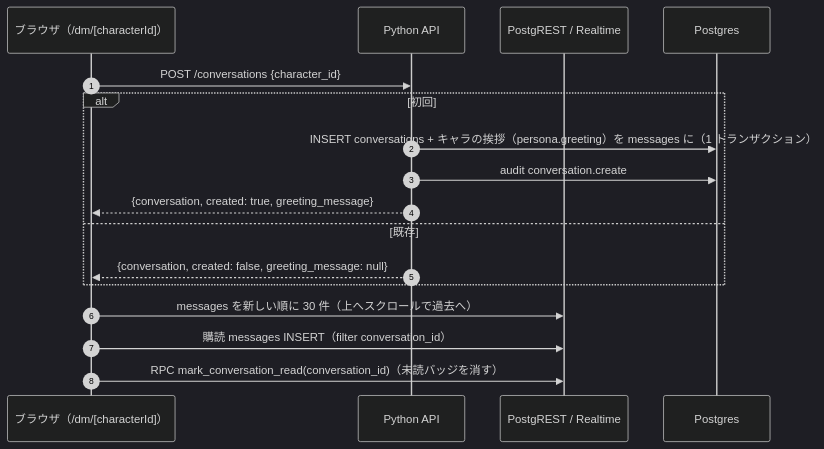
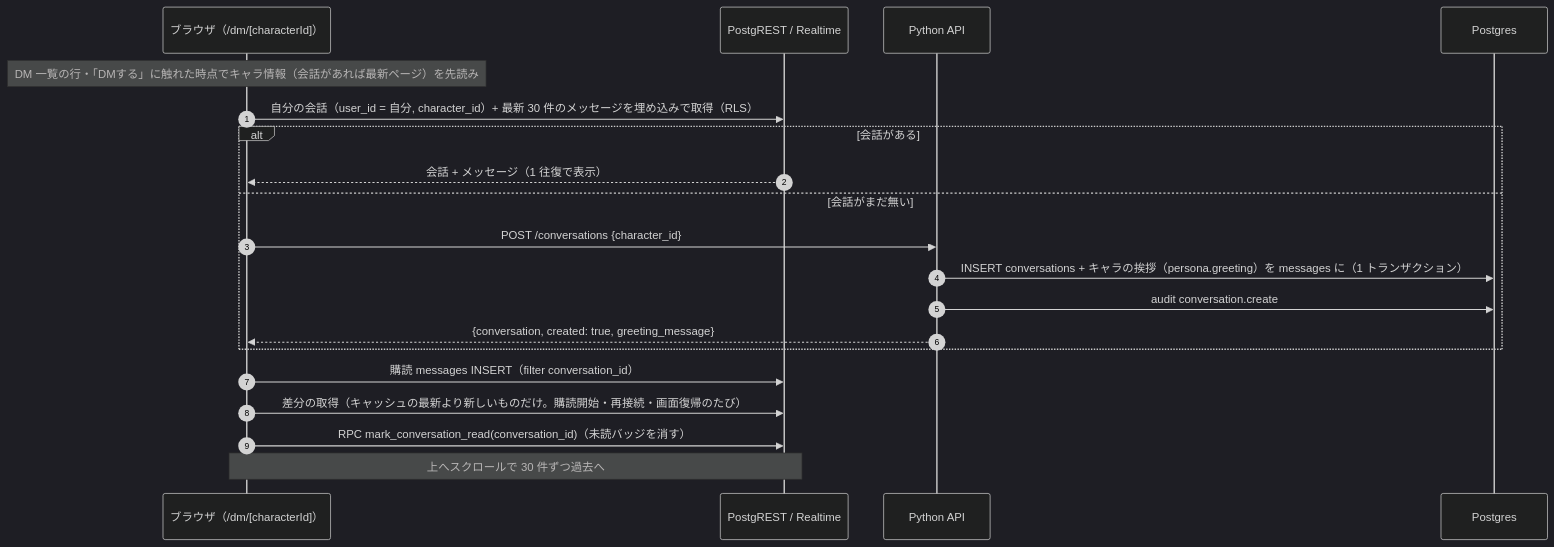
One commit to tasuku-kobayashi/everkano changed the fifth of 8 diagrams in docs/handover/02-data-flow.md. Above: the diagram before and after it, drawn with Mermaid (dark theme). The commit also changed other lines of this file and 91 other files, not shown here.

````diff
--- a/docs/handover/02-data-flow.md
+++ b/docs/handover/02-data-flow.md
@@ -147,19 +163,22 @@
 ```mermaid
 sequenceDiagram
   autonumber
   participant B as ブラウザ（/dm/[characterId]）
+  participant R as PostgREST / Realtime
   participant API as Python API
-  participant R as PostgREST / Realtime
   participant DB as Postgres
-  B->>API: POST /conversations {character_id}
-  alt 初回
+  Note over B: DM 一覧の行・「DMする」に触れた時点でキャラ情報（会話があれば最新ページ）を先読み
+  B->>R: 自分の会話（user_id = 自分, character_id）+ 最新 30 件のメッセージを埋め込みで取得（RLS）
+  alt 会話がある
+    R-->>B: 会話 + メッセージ（1 往復で表示）
+  else 会話がまだ無い
+    B->>API: POST /conversations {character_id}
     API->>DB: INSERT conversations + キャラの挨拶（persona.greeting）を messages に（1 トランザクション）
     API->>DB: audit conversation.create
     API-->>B: {conversation, created: true, greeting_message}
-  else 既存
-    API-->>B: {conversation, created: false, greeting_message: null}
   end
-  B->>R: messages を新しい順に 30 件（上へスクロールで過去へ）
   B->>R: 購読 messages INSERT（filter conversation_id）
+  B->>R: 差分の取得（キャッシュの最新より新しいものだけ。購読開始・再接続・画面復帰のたび）
   B->>R: RPC mark_conversation_read(conversation_id)（未読バッジを消す）
+  Note over B,R: 上へスクロールで 30 件ずつ過去へ
 ```
````
